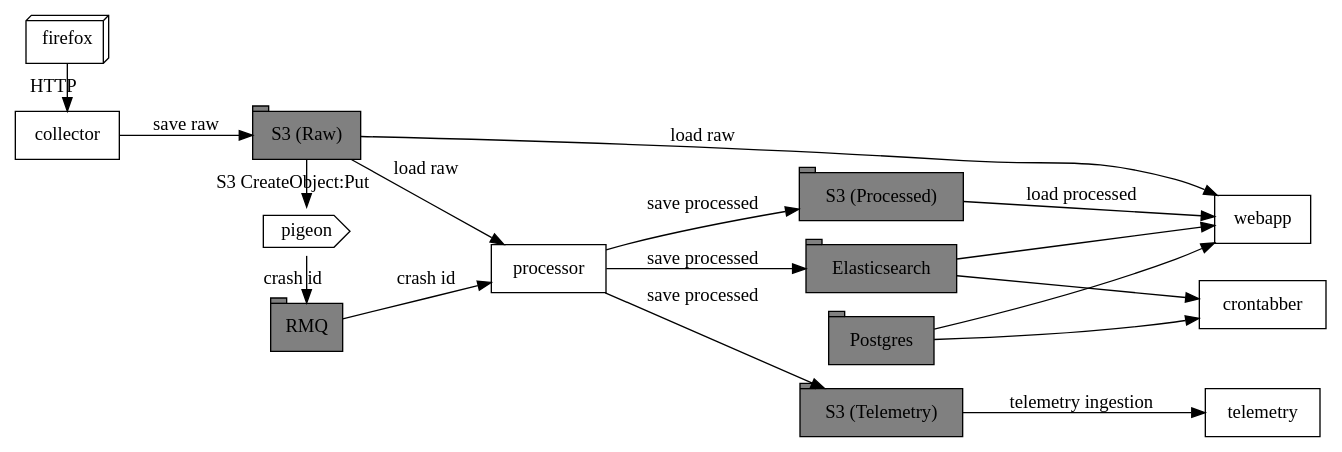
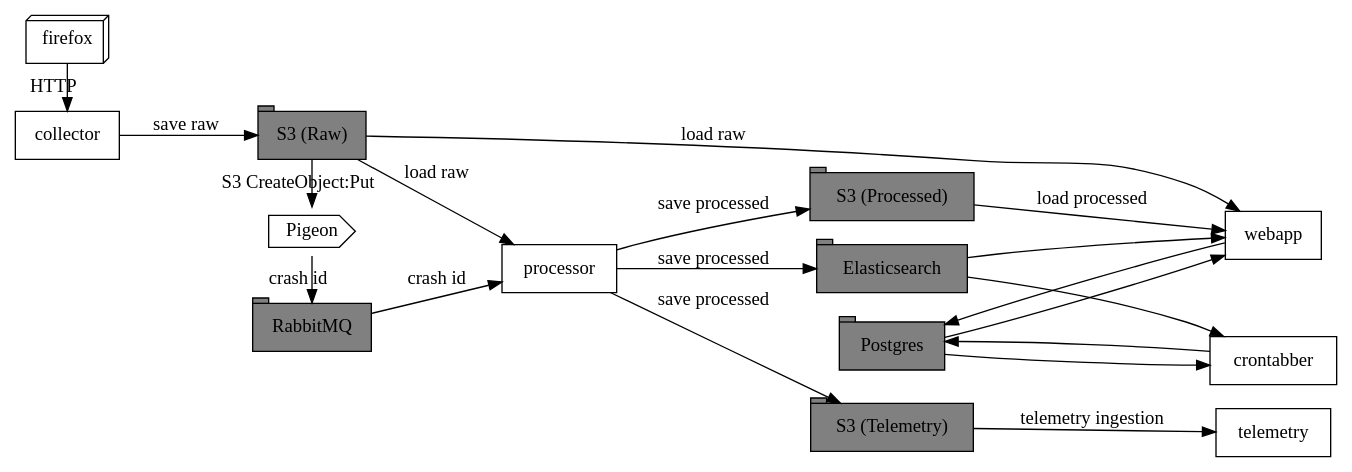
The diagram in docs/overview.rst (mozilla-services/socorro), drawn with Graphviz before and after one commit. The commit also changed other lines of this file and 1 other file, not shown here.

Commit message:
Fix spelling issues and clarify some of the text

```diff
--- a/docs/overview.rst
+++ b/docs/overview.rst
@@ -19,67 +19,65 @@
 .. graphviz::
 
    digraph G {
       rankdir=LR;
       splines=lines;
 
       subgraph coll {
          rank=same;
 
          client [shape=box3d, label="firefox"];
          collector [shape=rect, label="collector"];
       }
 
       subgraph stores {
          rank=same;
 
          s3raw [shape=tab, label="S3 (Raw)", style=filled, fillcolor=gray];
-         pigeon [shape=cds, label="pigeon"];
-         rabbitmq [shape=tab, label="RMQ", style=filled, fillcolor=gray];
+         pigeon [shape=cds, label="Pigeon"];
+         rabbitmq [shape=tab, label="RabbitMQ", style=filled, fillcolor=gray];
       }
 
-      subgraph proc {
-         rank=same;
-
-         processor [shape=rect, label="processor"];
-      }
+      processor [shape=rect, label="processor"];
 
       subgraph stores2 {
          rank=same;
 
          postgres [shape=tab, label="Postgres", style=filled, fillcolor=gray];
          elasticsearch [shape=tab, label="Elasticsearch", style=filled, fillcolor=gray];
          s3telemetry [shape=tab, label="S3 (Telemetry)", style=filled, fillcolor=gray];
          s3processed [shape=tab, label="S3 (Processed)", style=filled, fillcolor=gray];
       }
 
       subgraph processing {
          rank=same;
 
          crontabber [shape=rect, label="crontabber"];
          webapp [shape=rect, label="webapp"];
          telemetry [shape=rect, label="telemetry"];
       }
 
 
       pigeon -> rabbitmq [label="crash id"];
       s3raw -> pigeon [label="S3 CreateObject:Put"];
 
       client -> collector [label="HTTP"];
       collector -> s3raw [label="save raw"];
 
       rabbitmq -> processor [label="crash id"];
       s3raw -> processor [label="load raw"];
       processor -> { s3processed, elasticsearch, s3telemetry } [label="save processed"];
 
       postgres -> webapp;
+      webapp -> postgres;
       s3raw -> webapp [label="load raw"];
       s3processed -> webapp [label="load processed"];
       elasticsearch -> webapp;
 
       postgres -> crontabber;
+      crontabber -> postgres;
       elasticsearch -> crontabber;
 
       s3telemetry -> telemetry [label="telemetry ingestion"];
 
       { rank=min; client; }
    }
```
